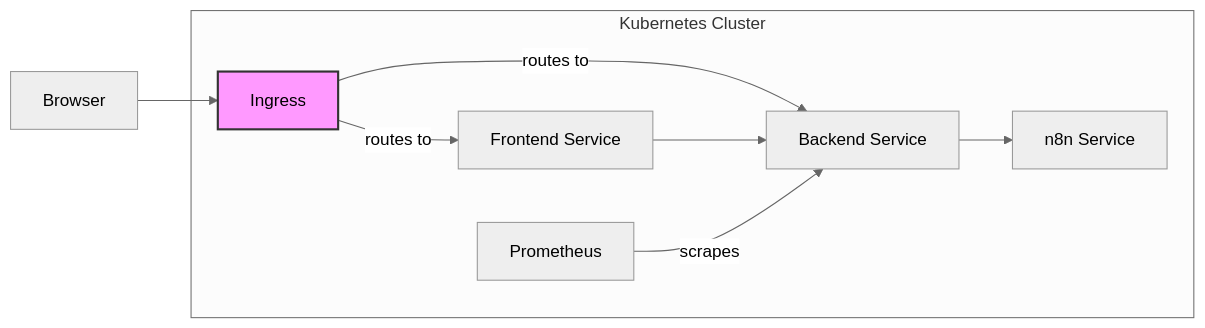
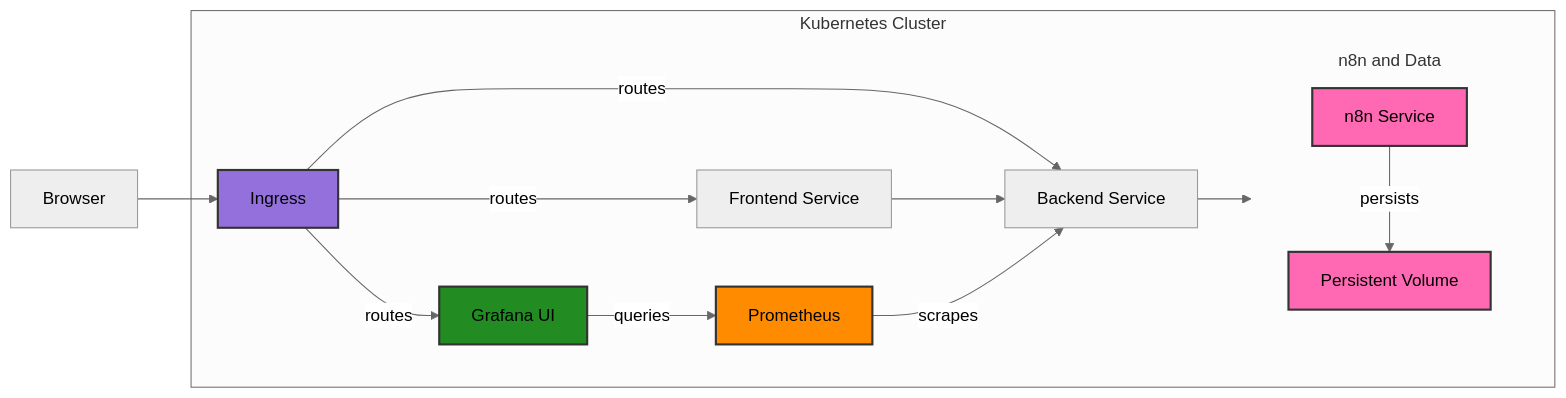
The second of 2 diagrams in docs/KUBERNETES.md (dev-ahmed-abdelmohsen/DEPI-Round3-Project), drawn with Mermaid (neutral theme) before and after one commit.

Commit message:
Update Kubernetes architecture diagram
Added Grafana UI routing, detailed n8n component with pod and persistent volume, and updated diagram node styles for improved clarity.

````diff
--- a/docs/KUBERNETES.md
+++ b/docs/KUBERNETES.md
@@ -115,16 +115,35 @@
 ```mermaid
-graph LR
-    User[Browser] --> Ingress;
+flowchart LR
+    User[Browser] --> Ingress
 
-    subgraph Kubernetes Cluster
-        Ingress -- routes to --> FrontendSvc[Frontend Service];
-        Ingress -- routes to --> BackendSvc[Backend Service];
+    subgraph k8s [Kubernetes Cluster]
+        %% 1. Define the Vertical Stack FIRST to lock in the layout
+        subgraph N8nStack [n8n and Data]
+            direction TB
+            N8nSvc[n8n Service] -- "persists" --> PV[Persistent Volume]
+        end
+
+        %% 2. Define the Horizontal Flow
+        Ingress -- routes --> FrontendSvc[Frontend Service]
+        Ingress -- routes --> BackendSvc[Backend Service]
+        Ingress -- routes --> Grafana[Grafana UI]
+
+        FrontendSvc --> BackendSvc
+        %% Connect the flow to the TOP node of the vertical stack
+        BackendSvc --> N8nSvc
         
-        FrontendSvc --> BackendSvc;
-        BackendSvc --> N8nSvc[n8n Service];
-        
-        Prometheus[Prometheus] -- scrapes --> BackendSvc;
+        %% 3. Monitoring
+        Prometheus[Prometheus] -- scrapes --> BackendSvc
+        Grafana -- queries --> Prometheus
     end
 
-    style Ingress fill:#f9f,stroke:#333,stroke-width:2px
+    %% Styles
+    style Ingress fill:#9370DB,stroke:#333,stroke-width:2px
+    style Grafana fill:#228B22,stroke:#333,stroke-width:2px
+    style Prometheus fill:#FF8C00,stroke:#333,stroke-width:2px
+    style N8nSvc fill:#FF69B4,stroke:#333,stroke-width:2px
+    style PV fill:#FF69B4,stroke:#333,stroke-width:2px
+    
+    %% Style the container to be transparent
+    style N8nStack fill:none,stroke:none
 ```
````
